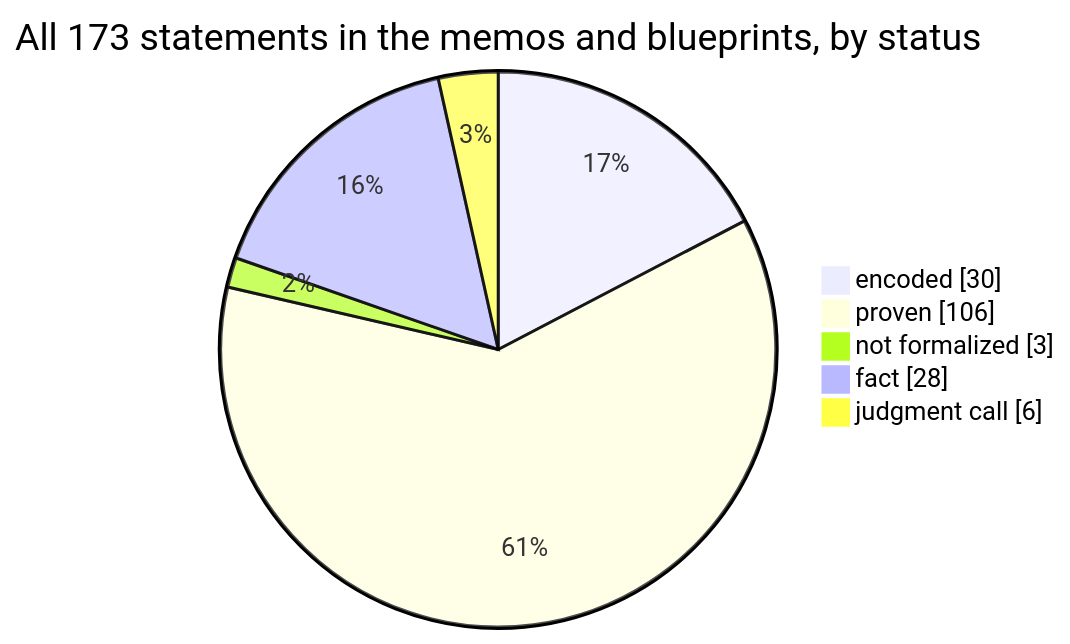
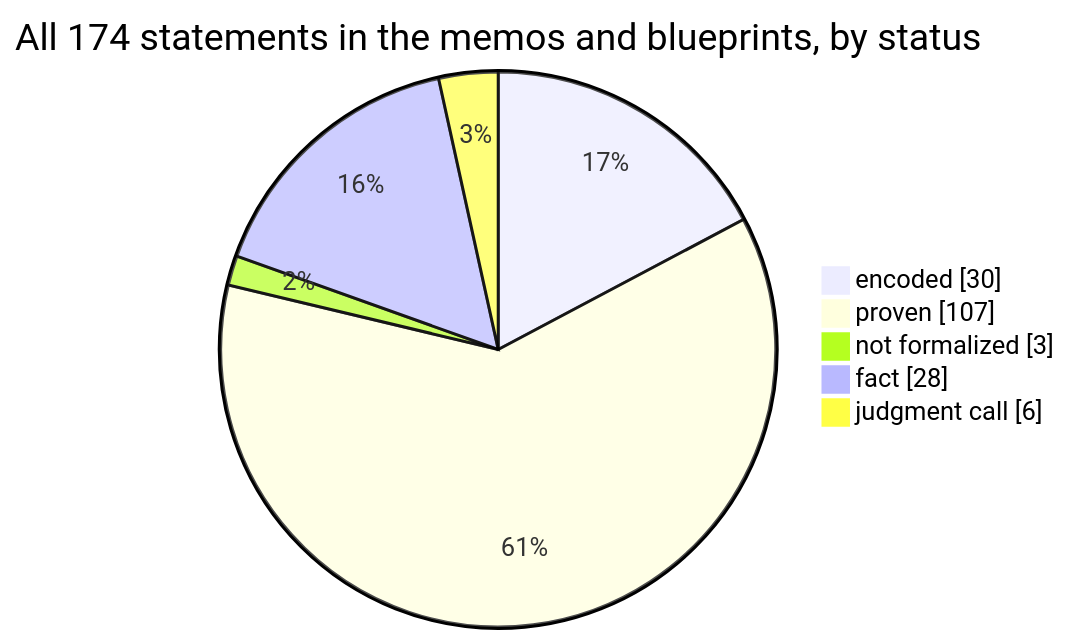
One commit to SeanWMurray/Canteen changed the first of 4 diagrams in docs/graphs/dashboard.md. Above: the diagram before and after it, drawn with Mermaid. The commit also changed other lines of this file and 14 other files, not shown here.

````diff
--- a/docs/graphs/dashboard.md
+++ b/docs/graphs/dashboard.md
@@ -11,8 +11,8 @@
 ```mermaid
-pie showData title All 173 statements in the memos and blueprints, by status
+pie showData title All 174 statements in the memos and blueprints, by status
     "encoded" : 30
-    "proven" : 106
+    "proven" : 107
     "not formalized" : 3
     "fact" : 28
     "judgment call" : 6
 ```
````
